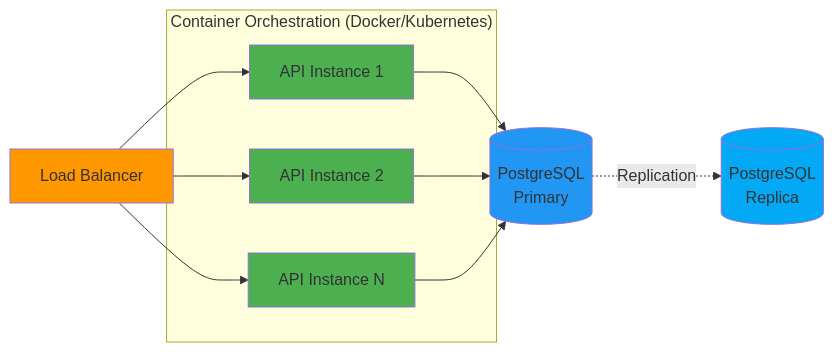
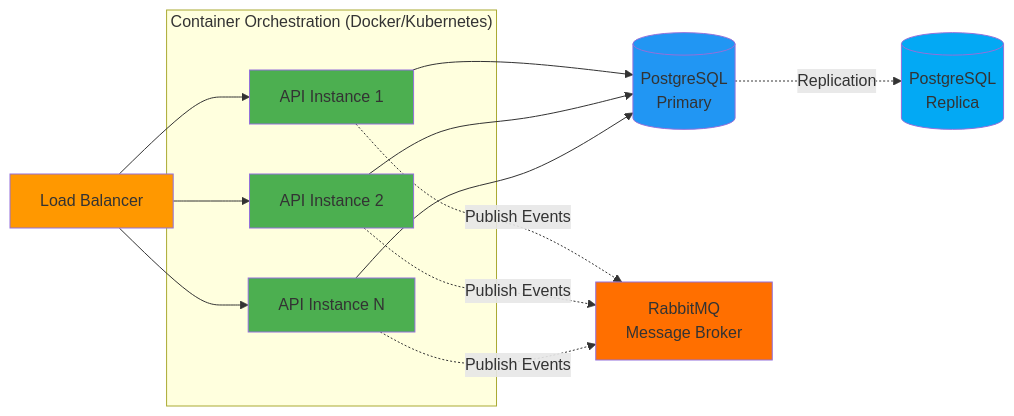
One commit to EmrKsm/volue-forecast changed the fifth of 5 diagrams in ARCHITECTURE.md. Above: the diagram before and after it, drawn with Mermaid. The commit also changed other lines of this file and 2 other files, not shown here.

Commit message:
feat: Update architecture and decision log to reflect C# 14 features and RabbitMQ integration

````diff
--- a/ARCHITECTURE.md
+++ b/ARCHITECTURE.md
@@ -307,30 +335,36 @@
 ```mermaid
 flowchart LR
     LB[Load Balancer]
     
     subgraph "Container Orchestration (Docker/Kubernetes)"
         API1[API Instance 1]
         API2[API Instance 2]
         API3[API Instance N]
     end
     
     DB[(PostgreSQL<br/>Primary)]
     DBR[(PostgreSQL<br/>Replica)]
+    MQ[RabbitMQ<br/>Message Broker]
     
     LB --> API1
     LB --> API2
     LB --> API3
     
     API1 --> DB
     API2 --> DB
     API3 --> DB
     
+    API1 -.Publish Events.-> MQ
+    API2 -.Publish Events.-> MQ
+    API3 -.Publish Events.-> MQ
+    
     DB -.Replication.-> DBR
     
     style LB fill:#ff9800
     style API1 fill:#4caf50
     style API2 fill:#4caf50
     style API3 fill:#4caf50
     style DB fill:#2196f3
     style DBR fill:#03a9f4
+    style MQ fill:#ff6f00
 ```
````
